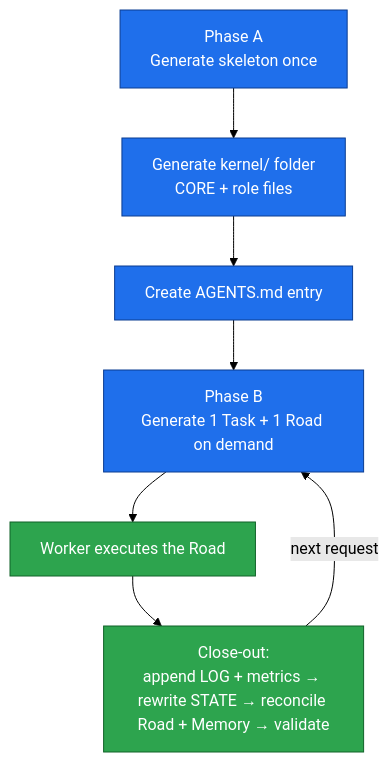
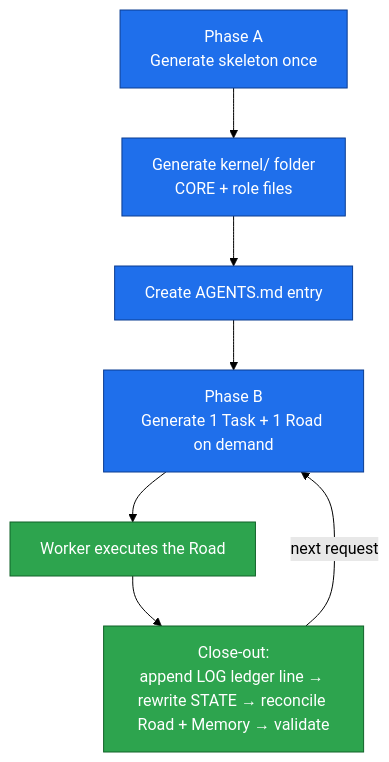
One commit to asadeisa/akrs changed the seventh of 7 diagrams in docs/guides/ROUTING-FLOW.md. Above: the diagram before and after it, drawn with Mermaid (forest theme). The commit also changed 15 other files, not shown here.

````diff
--- a/docs/guides/ROUTING-FLOW.md
+++ b/docs/guides/ROUTING-FLOW.md
@@ -160,14 +160,14 @@
 ```mermaid
 flowchart TD
     A[Phase A<br/>Generate skeleton once] --> K[Generate kernel/ folder<br/>CORE + role files]
     K --> Entry[Create AGENTS.md entry]
     Entry --> B[Phase B<br/>Generate 1 Task + 1 Road on demand]
     B --> X[Worker executes the Road]
-    X --> C[Close-out:<br/>append LOG + metrics → rewrite STATE → reconcile Road + Memory → validate]
+    X --> C[Close-out:<br/>append LOG ledger line → rewrite STATE → reconcile Road + Memory → validate]
     C -->|next request| B
 
     classDef lead fill:#1f6feb,stroke:#0b3d91,color:#fff;
     classDef work fill:#2da44e,stroke:#116329,color:#fff;
     class A,K,Entry,B lead;
     class X,C work;
 ```
````
